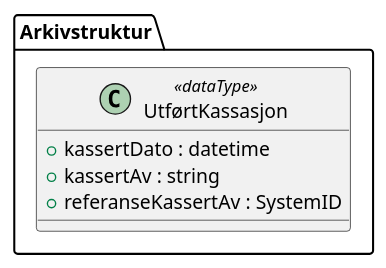
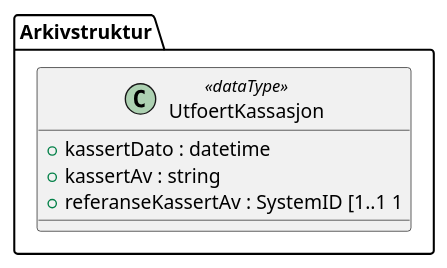
Before and after one commit to arkivverket/noark5-tjenestegrensesnitt-standard: the diagram in kapitler/media/uml-datatype-utfoertkassasjon.iuml, drawn with PlantUML. The commit also changed 18 other files, not shown here.

```diff
--- a/kapitler/media/uml-datatype-utfoertkassasjon.iuml
+++ b/kapitler/media/uml-datatype-utfoertkassasjon.iuml
@@ -1,7 +1,7 @@
 @startuml
-class Arkivstruktur.UtførtKassasjon <<dataType>> {
+class Arkivstruktur.UtfoertKassasjon <<dataType>> {
   +kassertDato : datetime
   +kassertAv : string
-  +referanseKassertAv : SystemID
+  +referanseKassertAv : SystemID [1..1 1
 }
 @enduml
```
